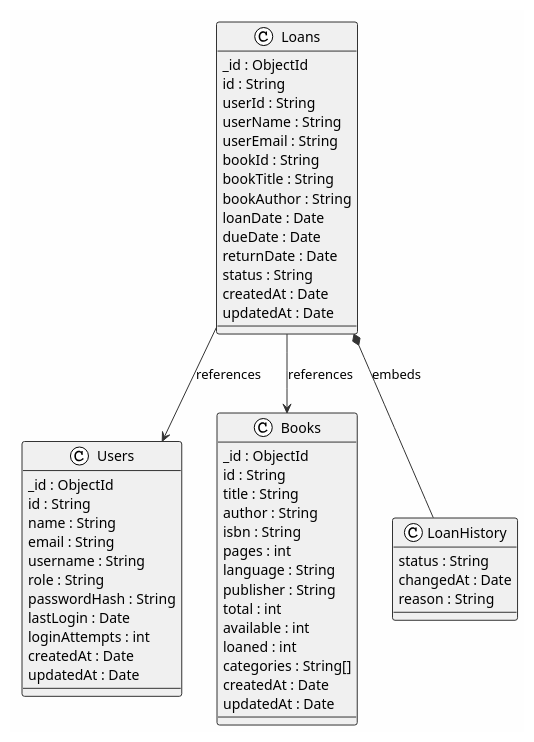
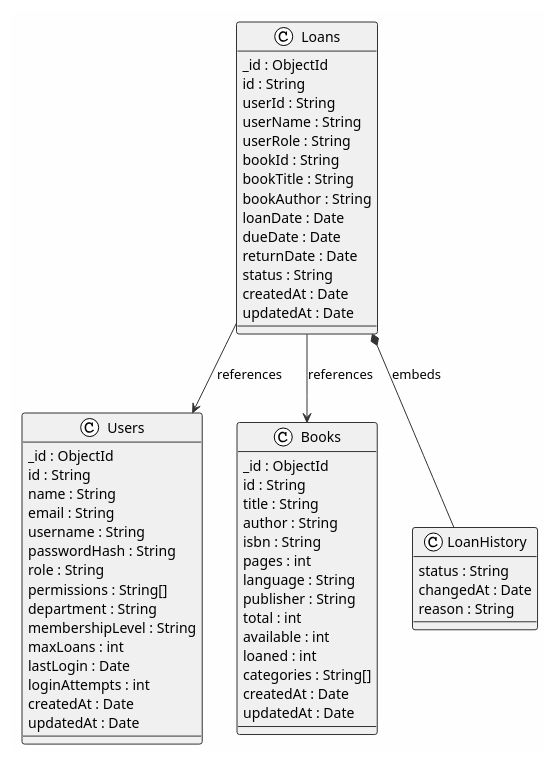
Before and after one commit to Juank-1030/DOSW-Library: the diagram in output/DOSW_Library_NoSQL_MongoDB.puml, drawn with PlantUML. The commit also changed 2 other files, not shown here.

Commit message:
docs: Expandir diagramas con atributos y relaciones embebidas/referenciadas

```diff
--- a/output/DOSW_Library_NoSQL_MongoDB.puml
+++ b/output/DOSW_Library_NoSQL_MongoDB.puml
@@ -1,67 +1,71 @@
 @startuml DOSW_Library_NoSQL_MongoDB
 !theme plain
 skinparam backgroundColor #FEFEFE
 skinparam classBackgroundColor #F0F0F0
 skinparam classBorderColor #333333
 skinparam arrowColor #333333
 skinparam shadowing false
 
 class Users {
     _id : ObjectId
     id : String
     name : String
     email : String
     username : String
+    passwordHash : String
     role : String
-    passwordHash : String
+    permissions : String[]
+    department : String
+    membershipLevel : String
+    maxLoans : int
     lastLogin : Date
     loginAttempts : int
     createdAt : Date
     updatedAt : Date
 }
 
 class Books {
     _id : ObjectId
     id : String
     title : String
     author : String
     isbn : String
     pages : int
     language : String
     publisher : String
     total : int
     available : int
     loaned : int
     categories : String[]
     createdAt : Date
     updatedAt : Date
 }
 
 class Loans {
     _id : ObjectId
     id : String
     userId : String
     userName : String
-    userEmail : String
+    userRole : String
     bookId : String
     bookTitle : String
     bookAuthor : String
     loanDate : Date
     dueDate : Date
     returnDate : Date
     status : String
     createdAt : Date
     updatedAt : Date
 }
 
 class LoanHistory {
     status : String
     changedAt : Date
     reason : String
 }
 
 Loans --> Users : references
 Loans --> Books : references
 Loans *-- LoanHistory : embeds
 
 @enduml
```
